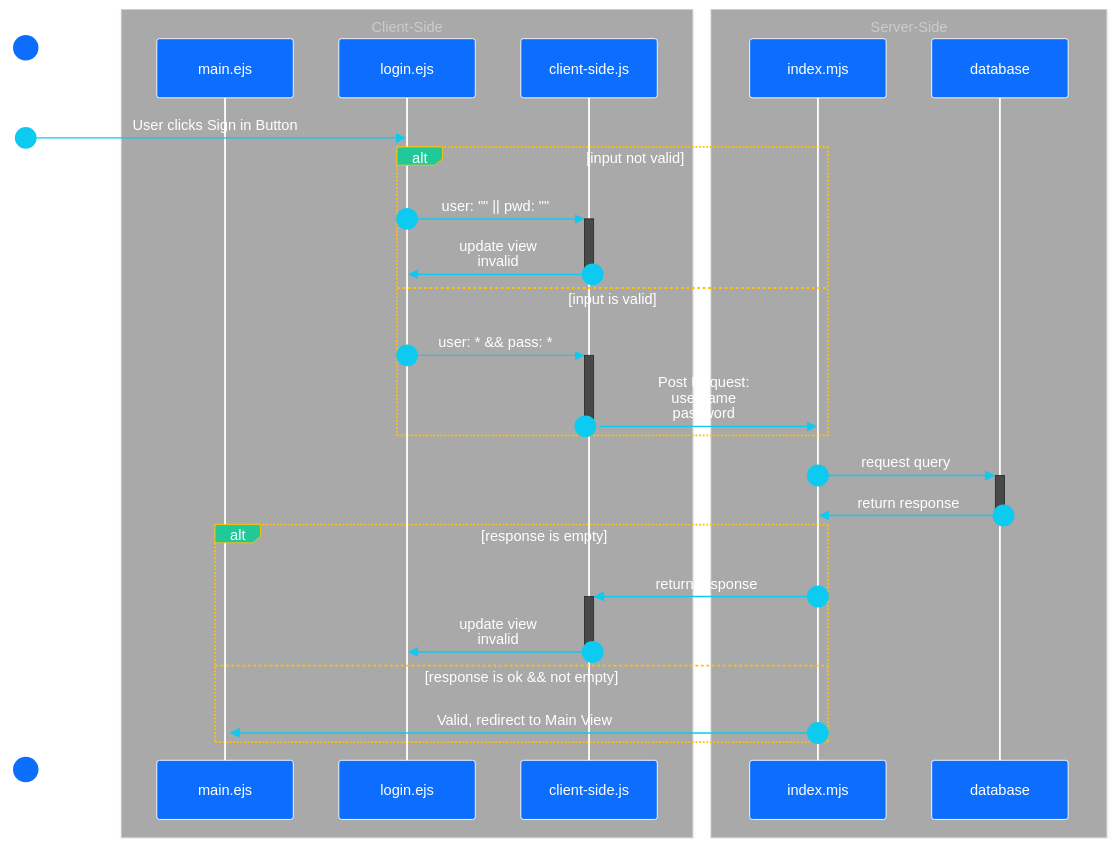
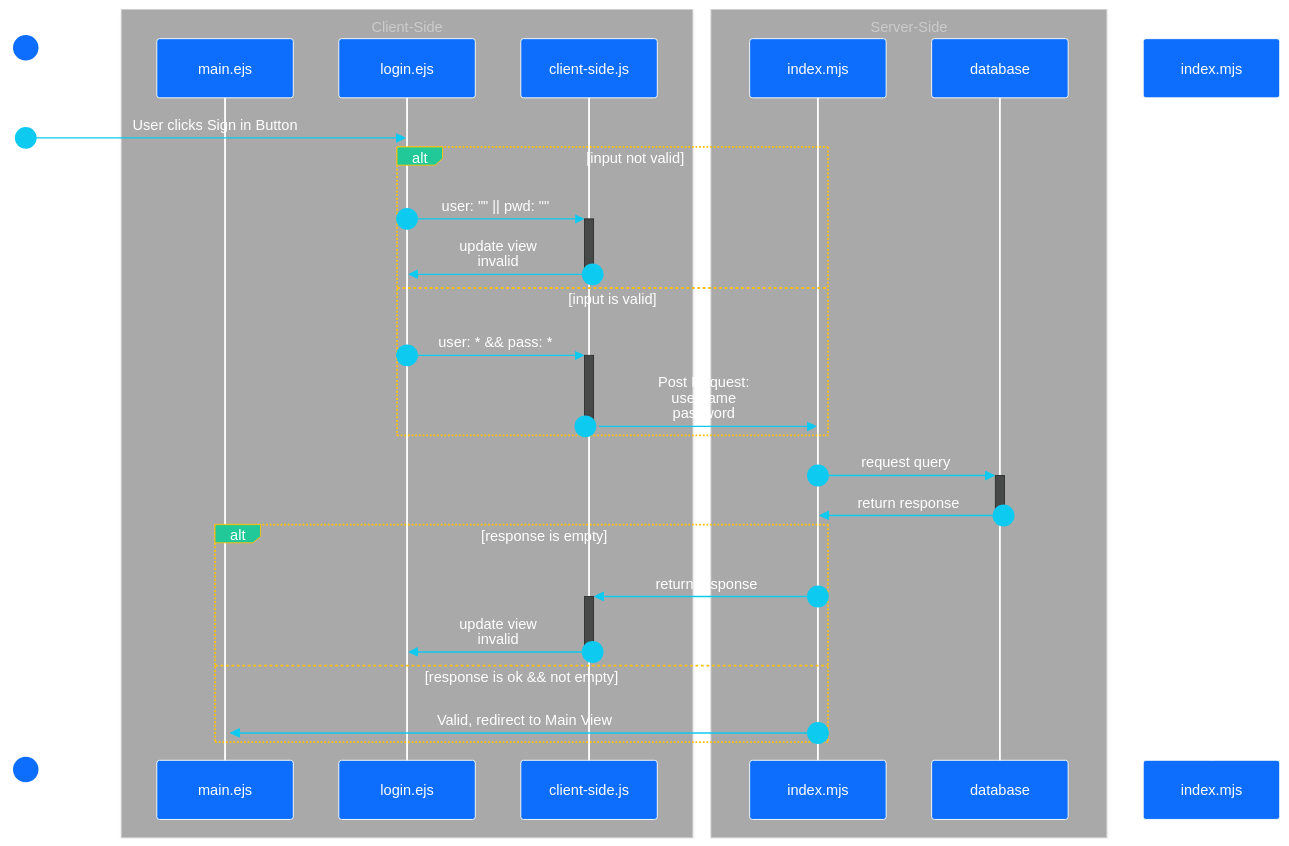
One commit to cTangonan123/rotten-potatoes changed the first of 8 diagrams in docs/plan/diagrams/state.md. Above: the diagram before and after it, drawn with Mermaid.

````diff
--- a/docs/plan/diagrams/state.md
+++ b/docs/plan/diagrams/state.md
@@ -7,55 +7,55 @@
 ```mermaid
 ---
 config:
   theme: neo-dark
   themeVariables:
     actorBkg: "#0d6efd"
     actorBorder: white
     actorTextColor: white
     primaryColor: "#0d6efd"
     signalColor: "#0dcaf0"
     sequenceNumberColor: "#0dcaf0"
     signalTextColor: white
     labelBoxBkgColor: "#20c997"
     labelBoxBorderColor: "#ffc107"
     labelTextColor: white
     loopTextColor: white
 ---
 sequenceDiagram
   actor A1 as User
   participant altV as main.ejs
   participant V as login.ejs
   participant CS-JS as client-side.js
   participant SS as index.mjs
   participant DB as database
 
-  links SS: {"Dashboard": "https://dashboard.contoso.com/alice", "document": "/index.mjs"}
+  links index.mjs: {"Dashboard": "https://dashboard.contoso.com/alice", "document": "/index.mjs"}
   
   autonumber
   A1 ->> V: User clicks Sign in Button
   alt input not valid
     V ->>+ CS-JS: user: "" || pwd: ""
     CS-JS ->>- V: update view<br>invalid
   else input is valid
     V ->>+ CS-JS: user: * && pass: *
     CS-JS ->>- SS: Post Request:<br>username<br>password
   end
   SS ->>+ DB: request query
   DB ->>- SS: return response
   alt response is empty
     SS ->>+ CS-JS: return response
     CS-JS ->>- V: update view<br>invalid
   else response is ok && not empty
     SS ->>+ altV: Valid, redirect to Main View
     
   end
   box darkgrey Client-Side
   participant altV
   participant V
   participant CS-JS
   end
   box darkgrey Server-Side
   participant SS
   participant DB
   end
 ```
````
